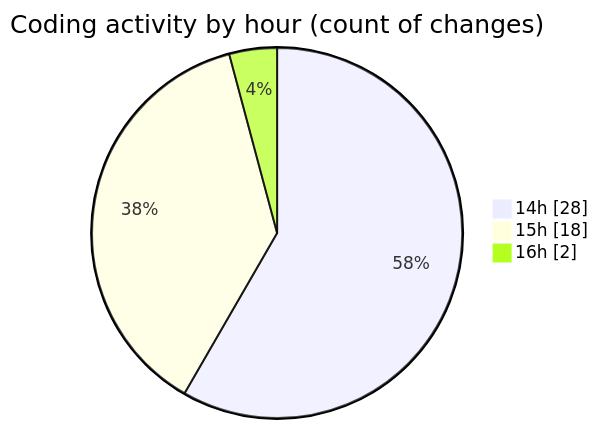
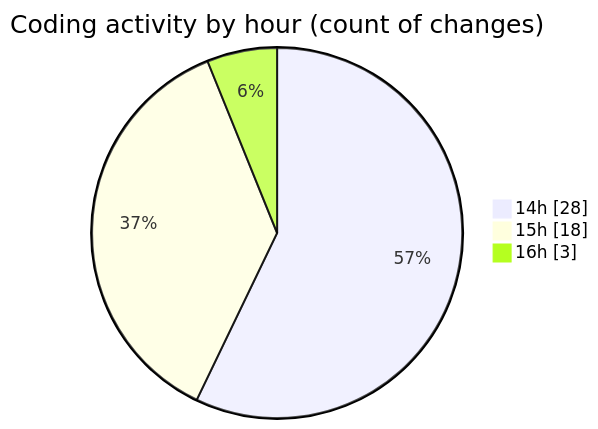
Before and after one commit to robertbonfada/code-tracking: the second of 2 diagrams in 2025-03-01/termonied_testador/README.md, drawn with Mermaid. The commit also changed other lines of this file and 1 other file, not shown here.

````diff
--- a/2025-03-01/termonied_testador/README.md
+++ b/2025-03-01/termonied_testador/README.md
@@ -37,7 +37,7 @@
 ```mermaid
 pie showData
 title Coding activity by hour (count of changes)
 "14h" : 28
 "15h" : 18
-"16h" : 2
+"16h" : 3
 ```
````
